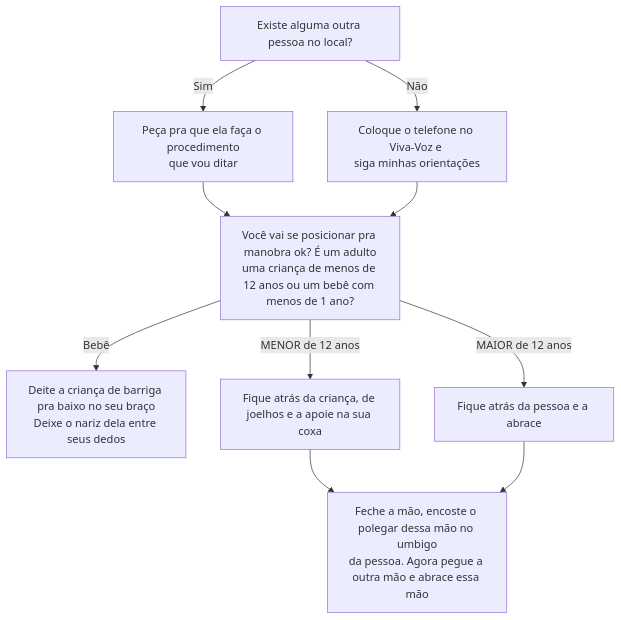
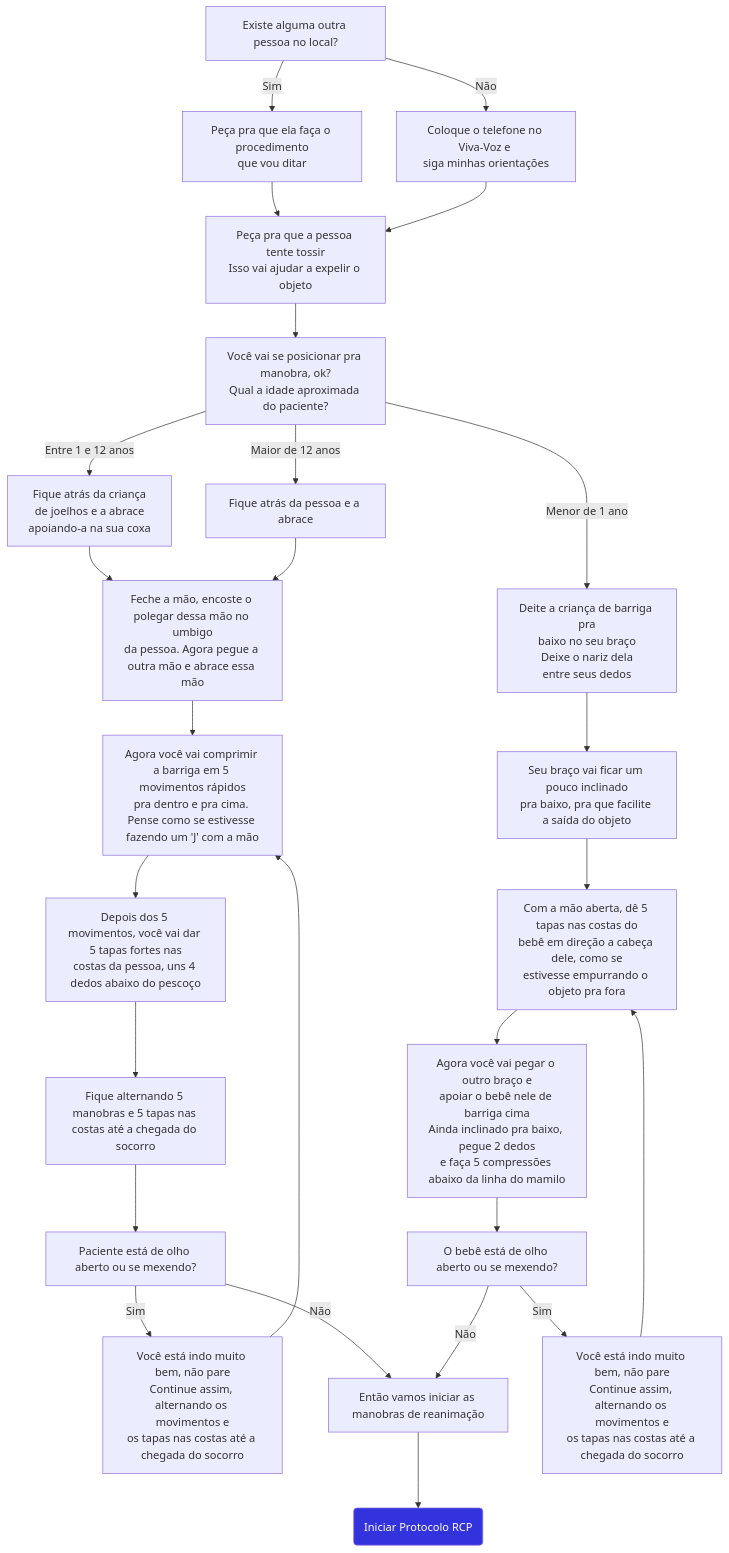
One commit to winstein27/protocolo-193 changed the diagram in docs/operacoes/ovace.mdx. Above: the diagram before and after it, drawn with Mermaid. The commit also changed 2 other files, not shown here.

Commit message:
OVACE finalizado

````diff
--- a/docs/operacoes/ovace.mdx
+++ b/docs/operacoes/ovace.mdx
@@ -7,21 +7,37 @@
 ```mermaid
 graph TD;
     existe_outra_pessoa["Existe alguma outra pessoa no local?"]-->|Sim|pedir_fazer_procedimento["Peça pra que ela faça o procedimento\nque vou ditar"]
     existe_outra_pessoa -->|Não| colocar_viva_voz["Coloque o telefone no Viva-Voz e \nsiga minhas orientações"]
-    pedir_fazer_procedimento --> verificar_idade["Você vai se posicionar pra manobra ok? É um adulto\numa criança de menos de 12 anos ou um bebê com menos de 1 ano?"]
-    colocar_viva_voz --> verificar_idade
-    verificar_idade --> |Bebê|posicionar_bebe["Deite a criança de barriga pra baixo no seu braço\nDeixe o nariz dela entre seus dedos"]
-    verificar_idade --> |"MENOR de 12 anos"|posicionar_crianca["Fique atrás da criança, de joelhos e a apoie na sua coxa"]
-    verificar_idade --> |"MAIOR de 12 anos"|posicionar_adulto["Fique atrás da pessoa e a abrace"]
+    pedir_fazer_procedimento --> estimulo_tosse["Peça pra que a pessoa tente tossir\nIsso vai ajudar a expelir o objeto"]
+    colocar_viva_voz --> estimulo_tosse
+    estimulo_tosse --> verificar_idade["Você vai se posicionar pra manobra, ok?\nQual a idade aproximada do paciente?"]
+    verificar_idade --> |Menor de 1 ano|posicionar_bebe["Deite a criança de barriga pra\nbaixo no seu braço\nDeixe o nariz dela\nentre seus dedos"]
+    verificar_idade --> |Entre 1 e 12 anos|posicionar_crianca["Fique atrás da criança\nde joelhos e a abrace\napoiando-a na sua coxa"]
+    verificar_idade --> |Maior de 12 anos|posicionar_adulto["Fique atrás da pessoa e a abrace"]
     posicionar_crianca --> posicionar_mao["Feche a mão, encoste o polegar dessa mão no umbigo\nda pessoa. Agora pegue a outra mão e abrace essa mão"]
     posicionar_adulto --> posicionar_mao
+    posicionar_mao --> movimentar_mao["Agora você vai comprimir a barriga em 5 movimentos rápidos\npra dentro e pra cima. Pense como se estivesse fazendo um 'J' com a mão"]
+    movimentar_mao --> tapotagem_adulto["Depois dos 5 movimentos, você vai dar 5 tapas fortes nas\ncostas da pessoa, uns 4 dedos abaixo do pescoço"]
+    tapotagem_adulto --> alternar_manobras["Fique alternando 5 manobras e 5 tapas nas costas até a chegada do socorro"]
+    alternar_manobras --> verificar_paciente["Paciente está de olho aberto ou se mexendo?"]
+    verificar_paciente --> |Sim|continuar_procedimento["Você está indo muito bem, não pare\nContinue assim, alternando os movimentos e\nos tapas nas costas até a chegada do socorro"]
+    continuar_procedimento --> movimentar_mao
+    verificar_paciente --> |Não|iniciar_rcp["Então vamos iniciar as manobras de reanimação"]
+    iniciar_rcp -->ir_para_rcp("Iniciar Protocolo RCP"):::link
+
+    posicionar_bebe --> inclinar_braco["Seu braço vai ficar um pouco inclinado\npra baixo, pra que facilite a saída do objeto"]
+    inclinar_braco --> tapotagem_bebe["Com a mão aberta, dê 5 tapas nas costas do\nbebê em direção a cabeça dele, como se\nestivesse empurrando o objeto pra fora"]
+    tapotagem_bebe --> compressao_bebe["Agora você vai pegar o outro braço e\napoiar o bebê nele de barriga cima\nAinda inclinado pra baixo, pegue 2 dedos\ne faça 5 compressões abaixo da linha do mamilo"]
+    compressao_bebe --> verificar_bebe["O bebê está de olho aberto ou se mexendo?"]
+    verificar_bebe --> |Sim|continuar_procedimento_bebe["Você está indo muito bem, não pare\nContinue assim, alternando os movimentos e\nos tapas nas costas até a chegada do socorro"]
+    continuar_procedimento_bebe --> tapotagem_bebe
+    verificar_bebe --> |Não|iniciar_rcp
   
 
     
 
     classDef atendente fill:#d66, color:#fff
     classDef link fill:#33d, color:#fff
-    click abrir_metronomo "#metrônomo" "Metrônomo"
-    click aguardar_viatura_2 "../." "Retornar" _blank
+    click ir_para_rcp "./pcr" "Protocolo PCR"
 
 ```
````
